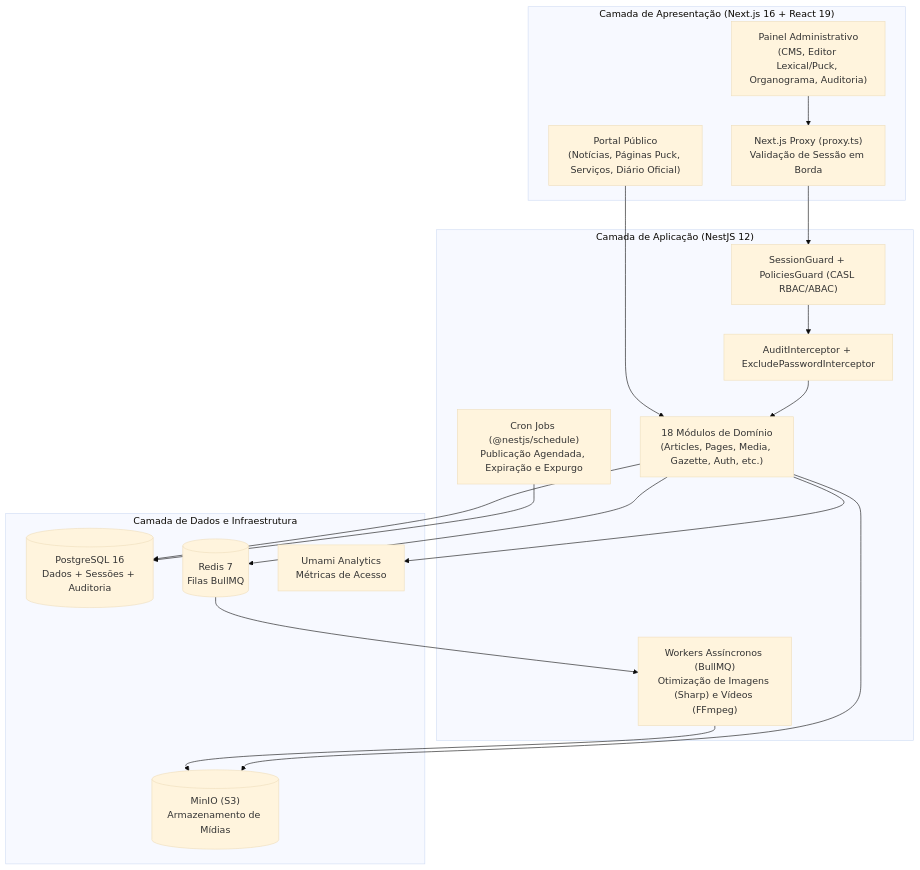
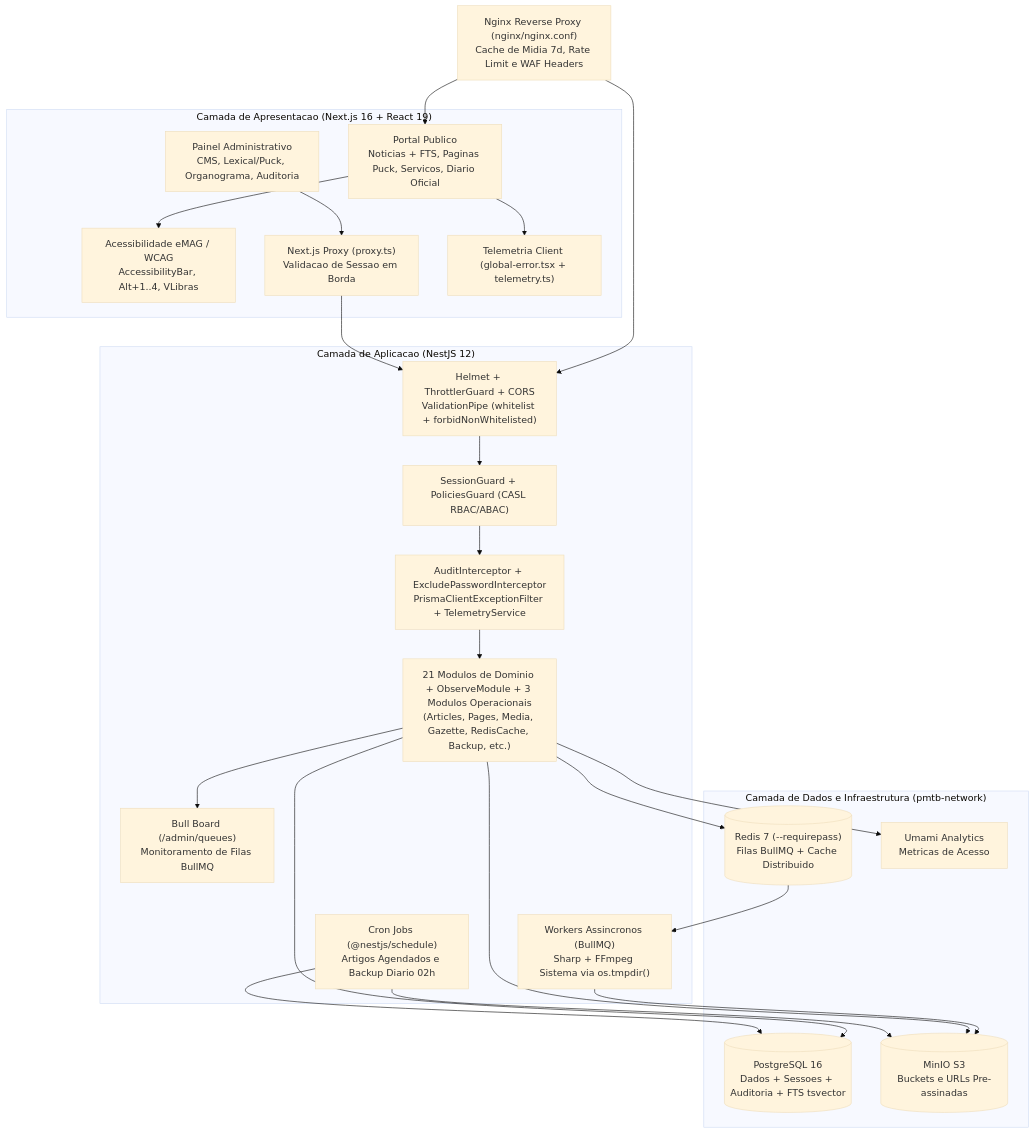
One commit to AlexEduSantos/prefeitura-tb changed the diagram in RELATORIO_ANALISE_PROJETO.md. Above: the diagram before and after it, drawn with Mermaid (base theme). The commit also changed other lines of this file and 1 other file, not shown here.

````diff
--- a/RELATORIO_ANALISE_PROJETO.md
+++ b/RELATORIO_ANALISE_PROJETO.md
@@ -13,33 +13,45 @@
 ```mermaid
 flowchart TD
-    subgraph Cliente["Camada de Apresentação (Next.js 16 + React 19)"]
-        Public["Portal Público<br/>(Notícias, Páginas Puck, Serviços, Diário Oficial)"]
-        Admin["Painel Administrativo<br/>(CMS, Editor Lexical/Puck, Organograma, Auditoria)"]
-        Proxy["Next.js Proxy (proxy.ts)<br/>Validação de Sessão em Borda"]
+    Edge["Nginx Reverse Proxy (nginx/nginx.conf)\nCache de Midia 7d, Rate Limit e WAF Headers"]
+
+    subgraph Cliente["Camada de Apresentacao (Next.js 16 + React 19)"]
+        Public["Portal Publico\nNoticias + FTS, Paginas Puck, Servicos, Diario Oficial"]
+        A11y["Acessibilidade eMAG / WCAG\nAccessibilityBar, Alt+1..4, VLibras"]
+        Admin["Painel Administrativo\nCMS, Lexical/Puck, Organograma, Auditoria"]
+        Proxy["Next.js Proxy (proxy.ts)\nValidacao de Sessao em Borda"]
+        FE_Tel["Telemetria Client (global-error.tsx + telemetry.ts)"]
     end
 
-    subgraph API["Camada de Aplicação (NestJS 12)"]
+    subgraph API["Camada de Aplicacao (NestJS 12)"]
+        Security["Helmet + ThrottlerGuard + CORS\nValidationPipe (whitelist + forbidNonWhitelisted)"]
         Guards["SessionGuard + PoliciesGuard (CASL RBAC/ABAC)"]
-        Interceptors["AuditInterceptor + ExcludePasswordInterceptor"]
-        Modules["18 Módulos de Domínio<br/>(Articles, Pages, Media, Gazette, Auth, etc.)"]
-        Scheduler["Cron Jobs (@nestjs/schedule)<br/>Publicação Agendada, Expiração e Expurgo"]
-        Worker["Workers Assíncronos (BullMQ)<br/>Otimização de Imagens (Sharp) e Vídeos (FFmpeg)"]
+        Interceptors["AuditInterceptor + ExcludePasswordInterceptor\nPrismaClientExceptionFilter + TelemetryService"]
+        Modules["21 Modulos de Dominio + ObserveModule + 3 Modulos Operacionais\n(Articles, Pages, Media, Gazette, RedisCache, Backup, etc.)"]
+        BullBoard["Bull Board (/admin/queues)\nMonitoramento de Filas BullMQ"]
+        Scheduler["Cron Jobs (@nestjs/schedule)\nArtigos Agendados e Backup Diario 02h"]
+        Worker["Workers Assincronos (BullMQ)\nSharp + FFmpeg Sistema via os.tmpdir()"]
     end
 
-    subgraph Infra["Camada de Dados e Infraestrutura"]
-        PG[("PostgreSQL 16<br/>Dados + Sessões + Auditoria")]
-        Redis[("Redis 7<br/>Filas BullMQ")]
-        MinIO[("MinIO (S3)<br/>Armazenamento de Mídias")]
-        Umami["Umami Analytics<br/>Métricas de Acesso"]
+    subgraph Infra["Camada de Dados e Infraestrutura (pmtb-network)"]
+        PG[("PostgreSQL 16\nDados + Sessoes + Auditoria + FTS tsvector")]
+        Redis[("Redis 7 (--requirepass)\nFilas BullMQ + Cache Distribuido")]
+        MinIO[("MinIO S3\nBuckets e URLs Pre-assinadas")]
+        Umami["Umami Analytics\nMetricas de Acesso"]
     end
 
-    Public --> Modules
-    Admin --> Proxy --> Guards --> Interceptors --> Modules
+    Edge --> Public
+    Edge --> Security
+    Public --> A11y
+    Public --> FE_Tel
+    Admin --> Proxy --> Security
+    Security --> Guards --> Interceptors --> Modules
     Modules --> PG
     Modules --> Redis
     Redis --> Worker
     Worker --> MinIO
     Modules --> MinIO
     Scheduler --> PG
+    Scheduler --> MinIO
+    Modules --> BullBoard
     Modules --> Umami
 ```
````
